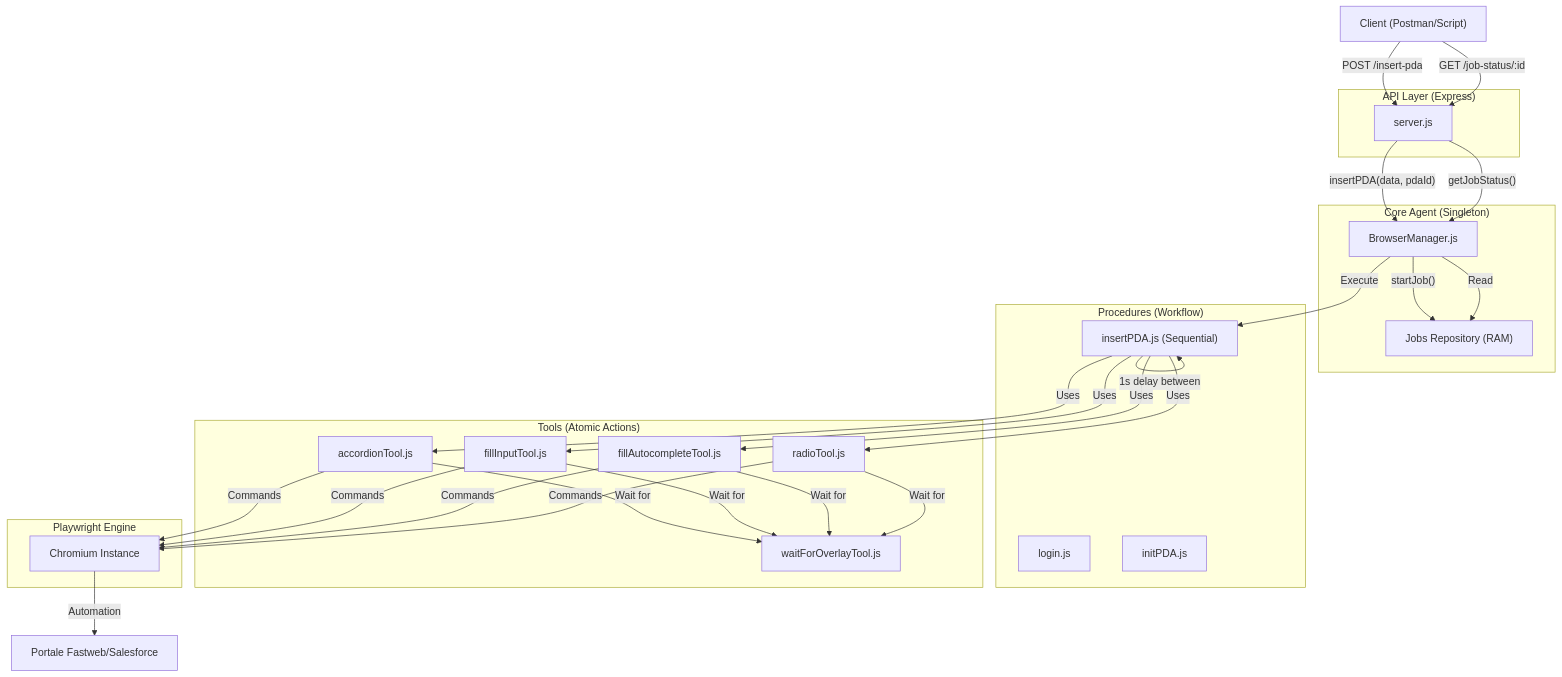
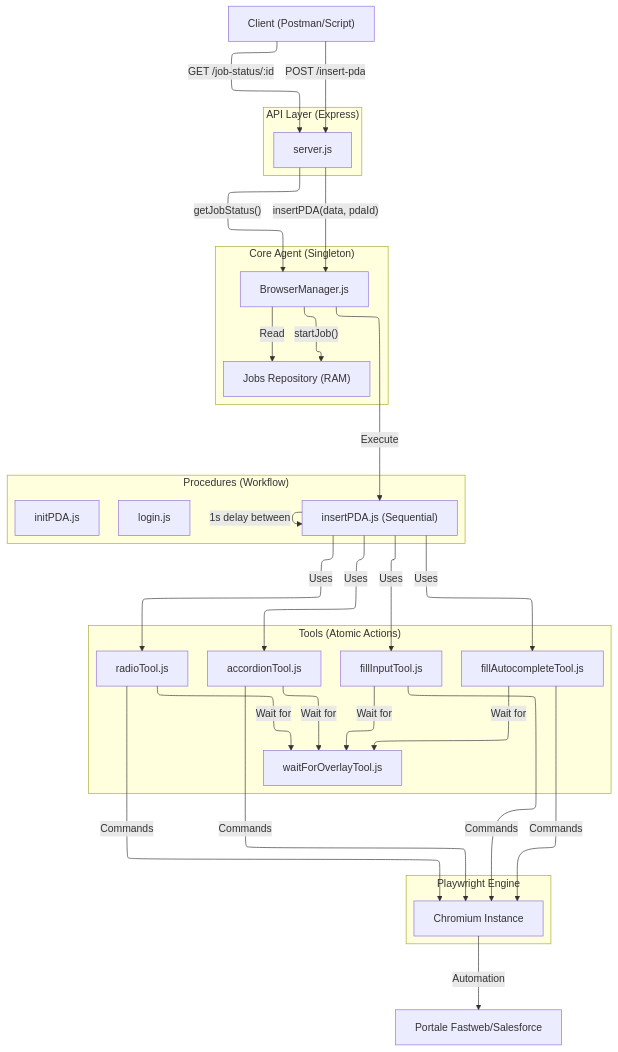
The diagram in README.md (rocco-giandomenico/John_Holmes), drawn with Mermaid before and after one commit.

Commit message:
refactor: update Mermaid diagram syntax for the flow schema in README.md.

````diff
--- a/README.md
+++ b/README.md
@@ -46,59 +46,47 @@
 ```mermaid
-graph TD
-    %% Attori Esterni
-    Client["Client (Postman/Script)"]
-    Fastweb["Portale Fastweb/Salesforce"]
-
-    %% Livello Server
-    subgraph "API Layer (Express)"
+---
+config:
+  layout: elk
+---
+flowchart TB
+ subgraph subGraph0["API Layer (Express)"]
         Server["server.js"]
-    end
-
-    %% Livello Logica Core
-    subgraph "Core Agent (Singleton)"
+  end
+ subgraph subGraph1["Core Agent (Singleton)"]
         BM["BrowserManager.js"]
         Jobs["Jobs Repository (RAM)"]
-    end
-
-    %% Livello Operativo
-    subgraph "Procedures (Workflow)"
+  end
+ subgraph subGraph2["Procedures (Workflow)"]
         PDA["insertPDA.js (Sequential)"]
         Login["login.js"]
         Init["initPDA.js"]
-    end
-
-    %% Livello Atomico
-    subgraph "Tools (Atomic Actions)"
+  end
+ subgraph subGraph3["Tools (Atomic Actions)"]
         Fill["fillInputTool.js"]
         Accordion["accordionTool.js"]
         Radio["radioTool.js"]
         Autocomplete["fillAutocompleteTool.js"]
         Overlay["waitForOverlayTool.js"]
-    end
-
-    %% Browser
-    subgraph "Playwright Engine"
+  end
+ subgraph subGraph4["Playwright Engine"]
         Browser["Chromium Instance"]
-    end
-
-    %% Relazioni
-    Client -- "POST /insert-pda" --> Server
-    Server -- "insertPDA(data, pdaId)" --> BM
-    BM -- "startJob()" --> Jobs
-    BM -- "Execute" --> PDA
-    
-    PDA -- "1s delay between" --> PDA
-    PDA -- "Uses" --> Accordion
-    PDA -- "Uses" --> Fill
-    PDA -- "Uses" --> Autocomplete
-    PDA -- "Uses" --> Radio
-    
-    Accordion & Fill & Autocomplete & Radio -- "Wait for" --> Overlay
-    Accordion & Fill & Autocomplete & Radio -- "Commands" --> Browser
-    
-    Browser -- "Automation" --> Fastweb
-    
+  end
+    Client["Client (Postman/Script)"] -- "POST /insert-pda" --> Server
+    Server -- insertPDA(data, pdaId) --> BM
+    BM -- startJob() --> Jobs
+    BM -- Execute --> PDA
+    PDA -- 1s delay between --> PDA
+    PDA -- Uses --> Accordion & Fill & Autocomplete & Radio
+    Accordion -- Wait for --> Overlay
+    Fill -- Wait for --> Overlay
+    Autocomplete -- Wait for --> Overlay
+    Radio -- Wait for --> Overlay
+    Accordion -- Commands --> Browser
+    Fill -- Commands --> Browser
+    Autocomplete -- Commands --> Browser
+    Radio -- Commands --> Browser
+    Browser -- Automation --> Fastweb["Portale Fastweb/Salesforce"]
     Client -- "GET /job-status/:id" --> Server
-    Server -- "getJobStatus()" --> BM
-    BM -- "Read" --> Jobs
+    Server -- getJobStatus() --> BM
+    BM -- Read --> Jobs
 ```
````
